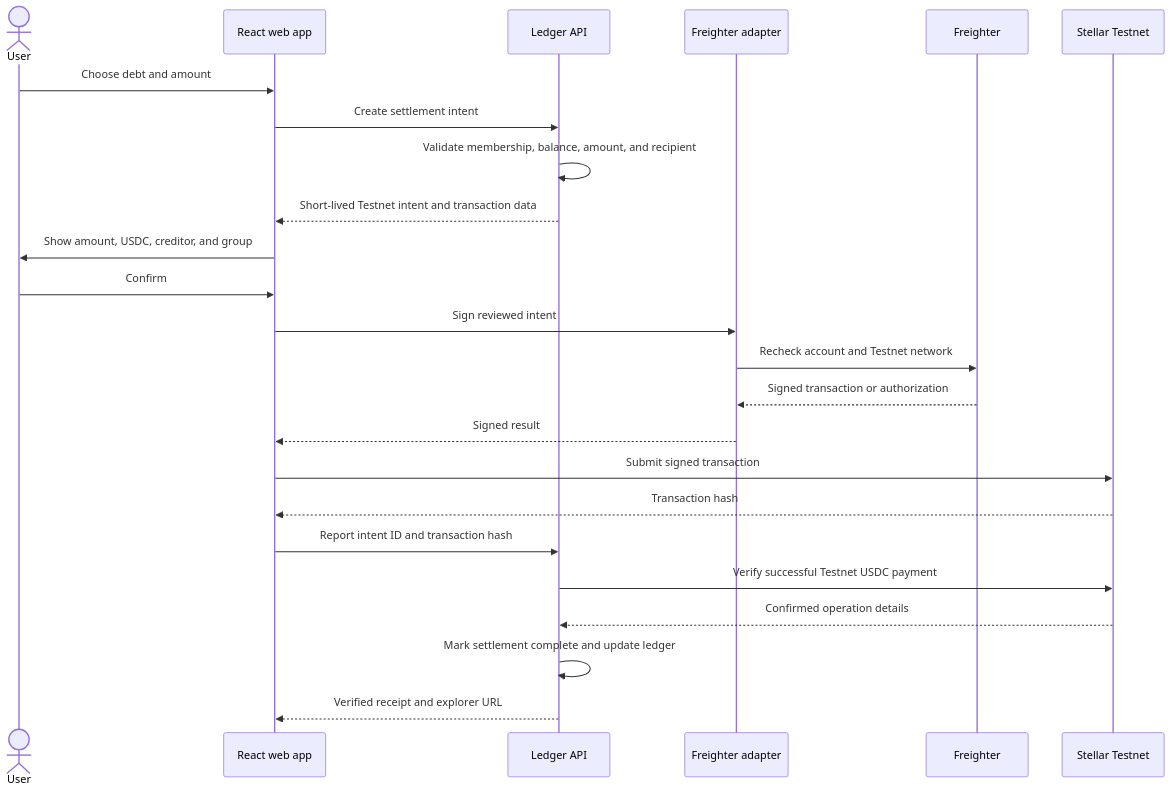
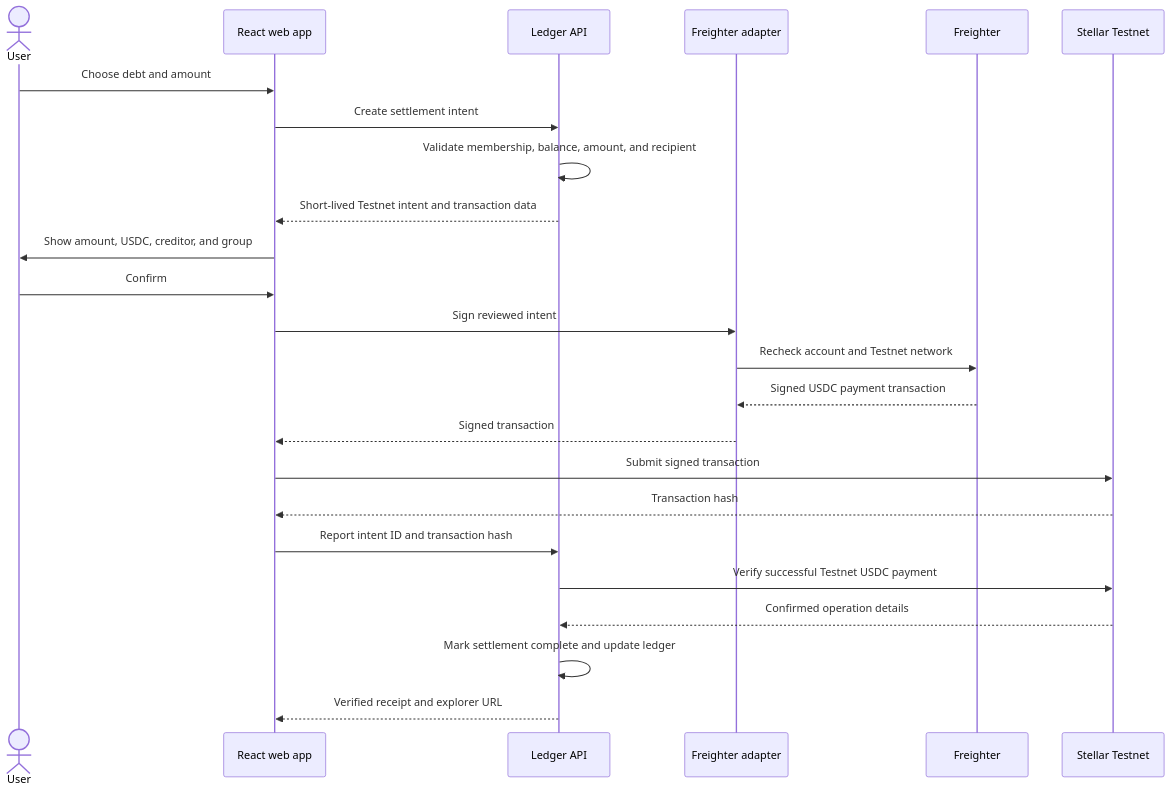
One commit to Michella-stack/Stellar-Split changed the second of 2 diagrams in docs/ARCHITECTURE.md. Above: the diagram before and after it, drawn with Mermaid. The commit also changed other lines of this file, not shown here.

````diff
--- a/docs/ARCHITECTURE.md
+++ b/docs/ARCHITECTURE.md
@@ -279,27 +318,27 @@
 ```mermaid
 sequenceDiagram
     actor User
     participant Web as React web app
     participant API as Ledger API
     participant Adapter as Freighter adapter
     participant Wallet as Freighter
     participant Stellar as Stellar Testnet
 
     User->>Web: Choose debt and amount
     Web->>API: Create settlement intent
     API->>API: Validate membership, balance, amount, and recipient
     API-->>Web: Short-lived Testnet intent and transaction data
     Web->>User: Show amount, USDC, creditor, and group
     User->>Web: Confirm
     Web->>Adapter: Sign reviewed intent
     Adapter->>Wallet: Recheck account and Testnet network
-    Wallet-->>Adapter: Signed transaction or authorization
-    Adapter-->>Web: Signed result
+    Wallet-->>Adapter: Signed USDC payment transaction
+    Adapter-->>Web: Signed transaction
     Web->>Stellar: Submit signed transaction
     Stellar-->>Web: Transaction hash
     Web->>API: Report intent ID and transaction hash
     API->>Stellar: Verify successful Testnet USDC payment
     Stellar-->>API: Confirmed operation details
     API->>API: Mark settlement complete and update ledger
     API-->>Web: Verified receipt and explorer URL
 ```
````
